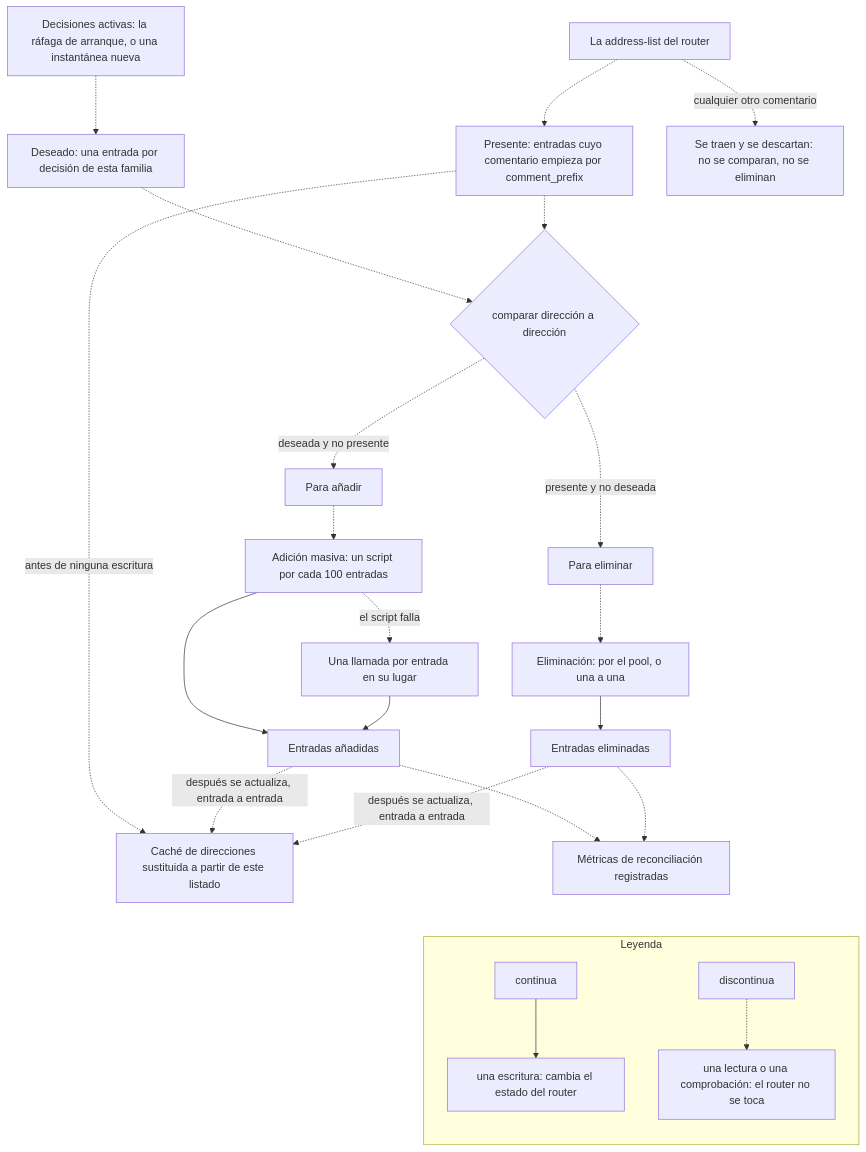
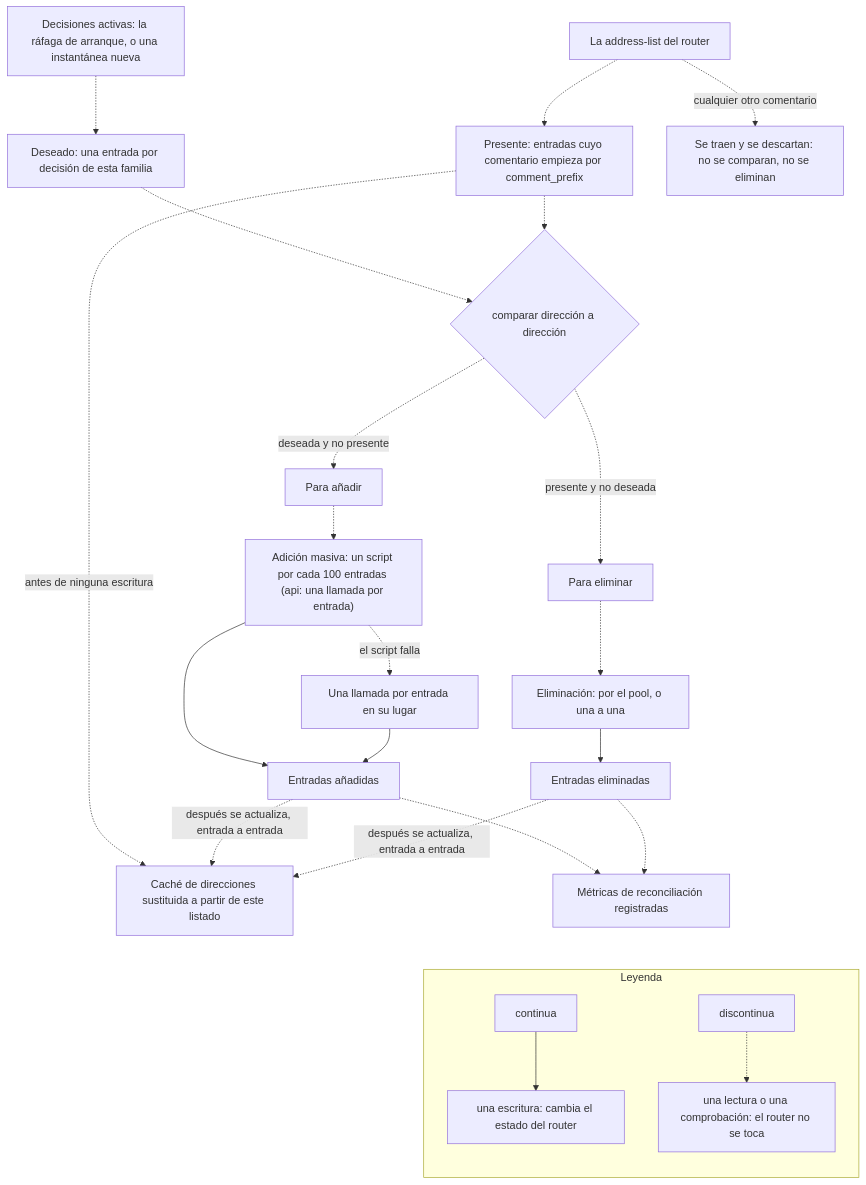
Before and after one commit to jmrplens/cs-routeros-bouncer: the diagram in docs/src/content/docs/es/architecture/reconciliation.mdx, drawn with Mermaid. The commit also changed other lines of this file and 12 other files, not shown here.

Commit message:
docs: bulk_add_method api on all pages

````diff
--- a/docs/src/content/docs/es/architecture/reconciliation.mdx
+++ b/docs/src/content/docs/es/architecture/reconciliation.mdx
@@ -49,30 +49,30 @@
 ```mermaid
 flowchart TB
     accTitle: La comparación de reconciliación: entra la instantánea, entra el estado del router, salen adiciones y eliminaciones
-    accDescr: Una instantánea de decisiones activas se convierte en el conjunto deseado, una entrada por decisión de esta familia de protocolo, indexada por dirección normalizada. La address-list del router se convierte en el conjunto presente, pero solo con las entradas cuyo comentario empieza por el prefijo configurado; las entradas con cualquier otro comentario se traen del router y se descartan en el cliente, así que no se comparan ni se eliminan, pero sí cuestan transferencia en cada pasada. Comparar ambos conjuntos dirección a dirección da las entradas que hay que añadir y las que hay que eliminar. La caché de direcciones en memoria se sustituye a partir de ese mismo listado antes de que salga ninguna escritura. Las adiciones pasan después por un script de RouterOS de hasta cien entradas, y si un script falla se recurre a una llamada a la API por entrada; las eliminaciones pasan por el pool de conexiones cuando se pudo abrir, y una a una por la conexión principal cuando no. Cada adición y cada eliminación vuelve a actualizar la caché con lo que ha escrito, y las métricas de reconciliación se registran cuando ya han corrido las dos.
+    accDescr: Una instantánea de decisiones activas se convierte en el conjunto deseado, una entrada por decisión de esta familia de protocolo, indexada por dirección normalizada. La address-list del router se convierte en el conjunto presente, pero solo con las entradas cuyo comentario empieza por el prefijo configurado; las entradas con cualquier otro comentario se traen del router y se descartan en el cliente, así que no se comparan ni se eliminan, pero sí cuestan transferencia en cada pasada. Comparar ambos conjuntos dirección a dirección da las entradas que hay que añadir y las que hay que eliminar. La caché de direcciones en memoria se sustituye a partir de ese mismo listado antes de que salga ninguna escritura. Las adiciones pasan después por un script de RouterOS de hasta cien entradas, y si un script falla se recurre a una llamada a la API por entrada, o con bulk_add_method api por una llamada a la API por entrada por el pool; las eliminaciones pasan por el pool de conexiones cuando se pudo abrir, y una a una por la conexión principal cuando no. Cada adición y cada eliminación vuelve a actualizar la caché con lo que ha escrito, y las métricas de reconciliación se registran cuando ya han corrido las dos.
     SNAP["Decisiones activas: la ráfaga de arranque, o una instantánea nueva"] -.-> WANT["Deseado: una entrada por decisión de esta familia"]
     LIST["La address-list del router"] -.-> HAVE["Presente: entradas cuyo comentario empieza por comment_prefix"]
     LIST -. "cualquier otro comentario" .-> FOREIGN["Se traen y se descartan: no se comparan, no se eliminan"]
     HAVE -. "antes de ninguna escritura" .-> CACHE["Caché de direcciones sustituida a partir de este listado"]
     WANT -.-> DIFF{"comparar dirección a dirección"}
     HAVE -.-> DIFF
     DIFF -. "deseada y no presente" .-> TOADD["Para añadir"]
     DIFF -. "presente y no deseada" .-> TOREM["Para eliminar"]
-    TOADD -.-> BULK["Adición masiva: un script por cada 100 entradas"]
+    TOADD -.-> BULK["Adición masiva: un script por cada 100 entradas (api: una llamada por entrada)"]
     BULK -. "el script falla" .-> ONEBY["Una llamada por entrada en su lugar"]
     TOREM -.-> DELE["Eliminación: por el pool, o una a una"]
     BULK --> ADDED["Entradas añadidas"]
     ONEBY --> ADDED
     DELE --> REMOVED["Entradas eliminadas"]
     ADDED -. "después se actualiza, entrada a entrada" .-> CACHE
     REMOVED -. "después se actualiza, entrada a entrada" .-> CACHE
     ADDED -.-> MET["Métricas de reconciliación registradas"]
     REMOVED -.-> MET
 
     MET ~~~ LEG
     subgraph LEG["Leyenda"]
         direction TB
         LA["continua"] --> LB["una escritura: cambia el estado del router"]
         LC["discontinua"] -.-> LD["una lectura o una comprobación: el router no se toca"]
     end
 ```
````
